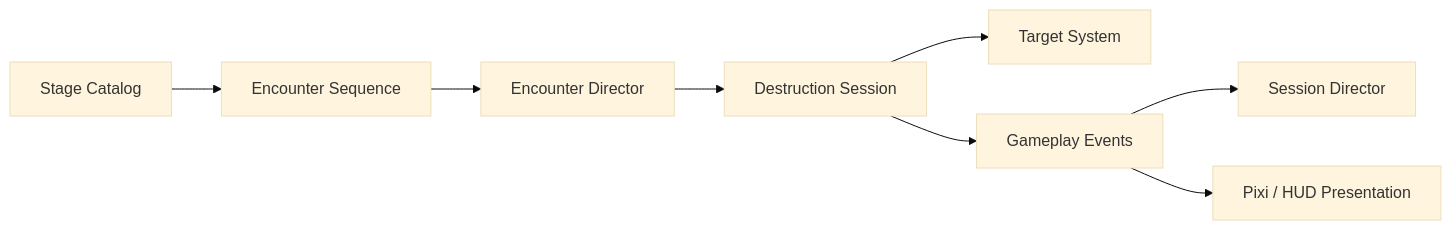
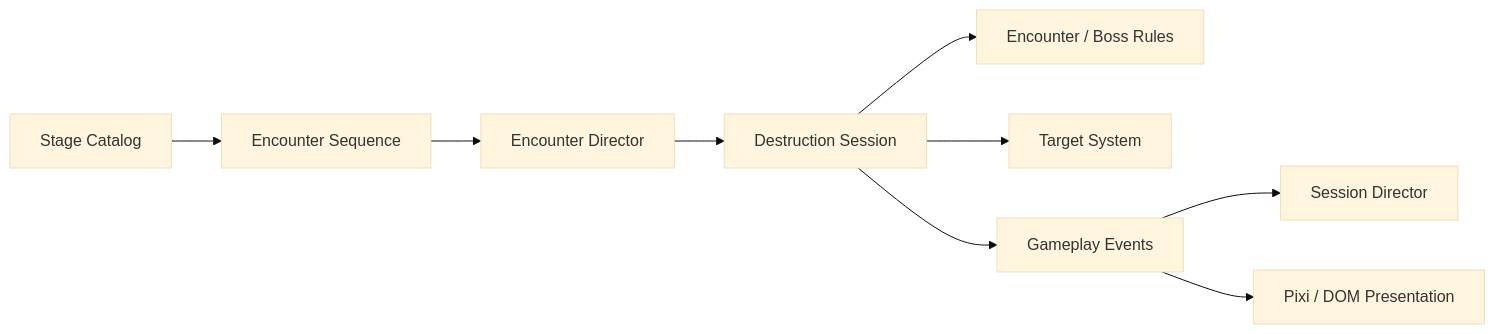
One commit to zeroLR/2D-game-playground changed the first of 4 diagrams in docs/plans/rune-ball/P9-AUTHORED-STAGE-ENCOUNTER.md. Above: the diagram before and after it, drawn with Mermaid (base theme). The commit also changed other lines of this file, not shown here.

Commit message:
docs(rune-ball): advance P9 roadmap through modifier and elite gate

````diff
--- a/docs/plans/rune-ball/P9-AUTHORED-STAGE-ENCOUNTER.md
+++ b/docs/plans/rune-ball/P9-AUTHORED-STAGE-ENCOUNTER.md
@@ -29,10 +23,11 @@
 ```mermaid
 flowchart LR
     StageCatalog[Stage Catalog] --> EncounterData[Encounter Sequence]
     EncounterData --> EncounterDirector[Encounter Director]
     EncounterDirector --> DestructionSession[Destruction Session]
+    DestructionSession --> RuleSystem[Encounter / Boss Rules]
     DestructionSession --> TargetSystem[Target System]
     DestructionSession --> Events[Gameplay Events]
     Events --> SessionDirector[Session Director]
-    Events --> Presentation[Pixi / HUD Presentation]
+    Events --> Presentation[Pixi / DOM Presentation]
 ```
````
